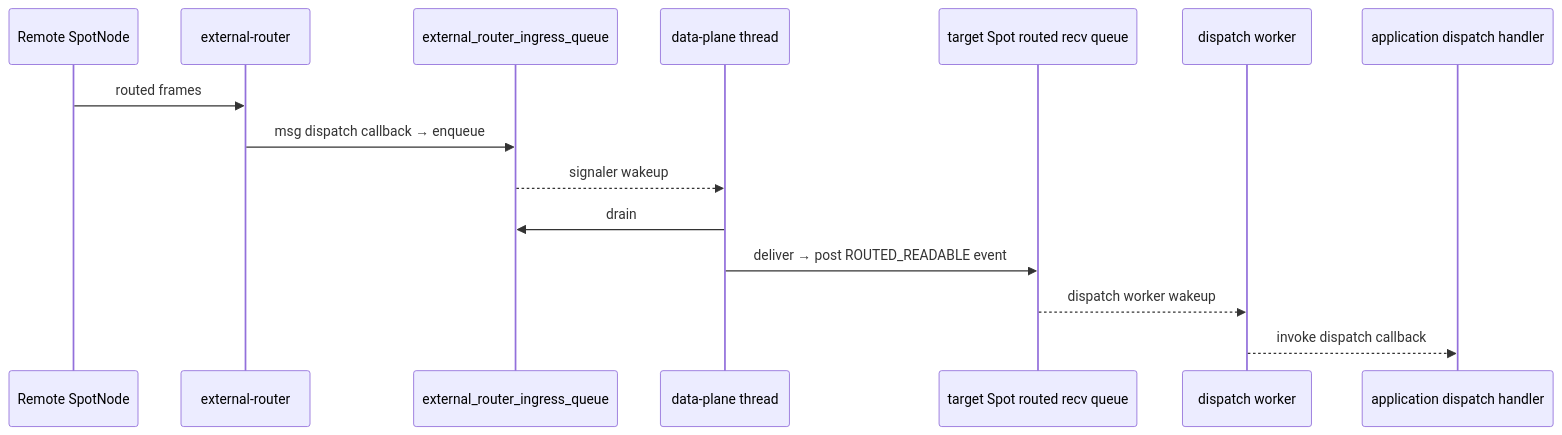
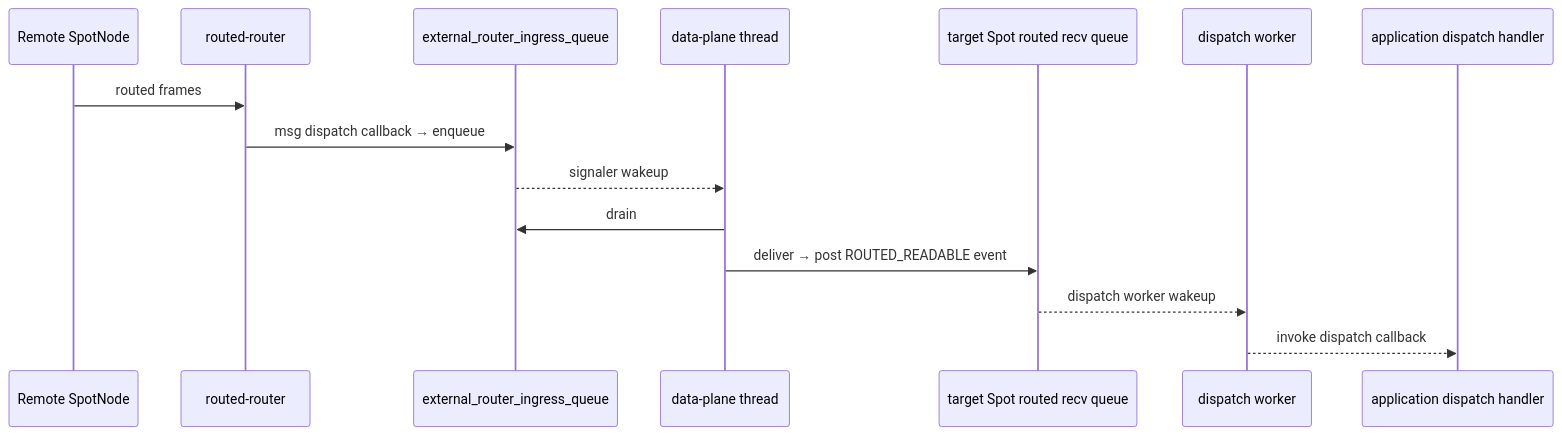
The sixth of 12 diagrams in core/doc/internals/spot-internals.md (kairos-code-dev/zlink), drawn with Mermaid before and after one commit. The commit also changed other lines of this file and 107 other files, not shown here.

````diff
--- a/core/doc/internals/spot-internals.md
+++ b/core/doc/internals/spot-internals.md
@@ -340,18 +340,18 @@
 ```mermaid
 sequenceDiagram
     participant Peer as Remote SpotNode
-    participant External as external-router
+    participant External as routed-router
     participant EIQ as external_router_ingress_queue
     participant DP as data-plane thread
     participant RecvQ as target Spot routed recv queue
     participant Worker as dispatch worker
     participant App as application dispatch handler
 
     Peer->>External: routed frames
     External->>EIQ: msg dispatch callback → enqueue
     EIQ-->>DP: signaler wakeup
     DP->>EIQ: drain
     DP->>RecvQ: deliver → post ROUTED_READABLE event
     RecvQ-->>Worker: dispatch worker wakeup
     Worker-->>App: invoke dispatch callback
 ```
````
